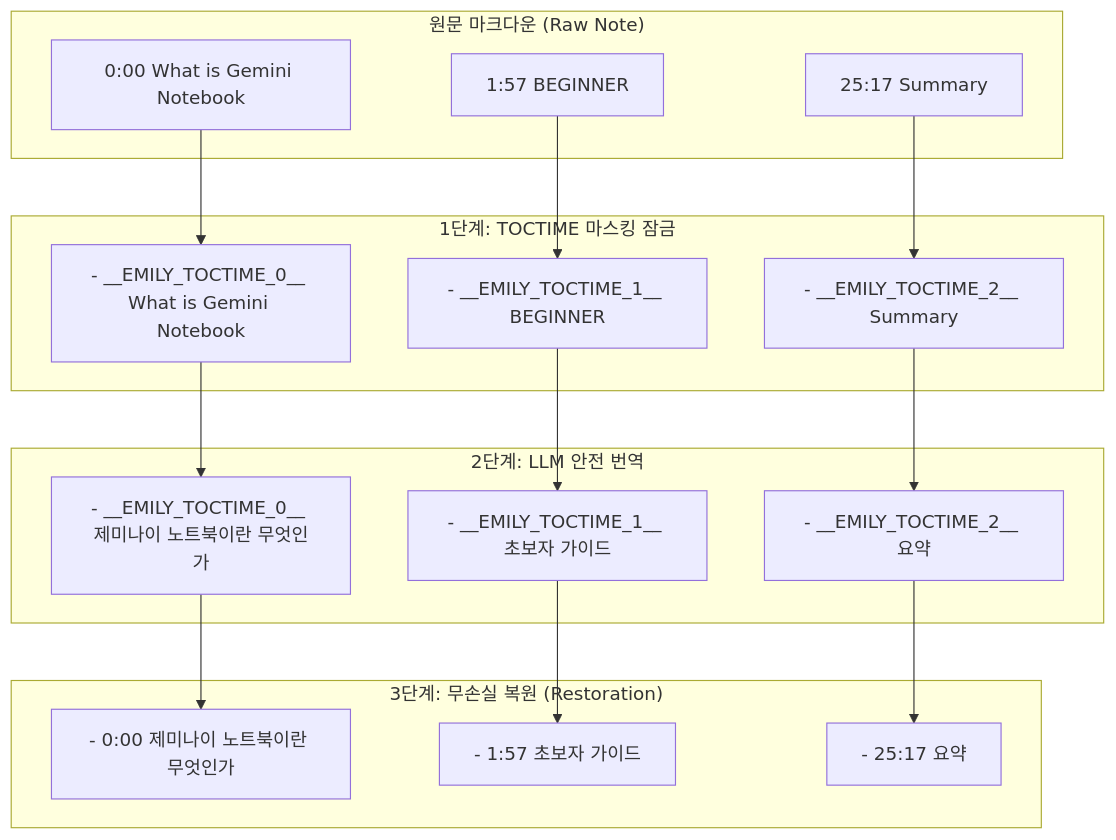
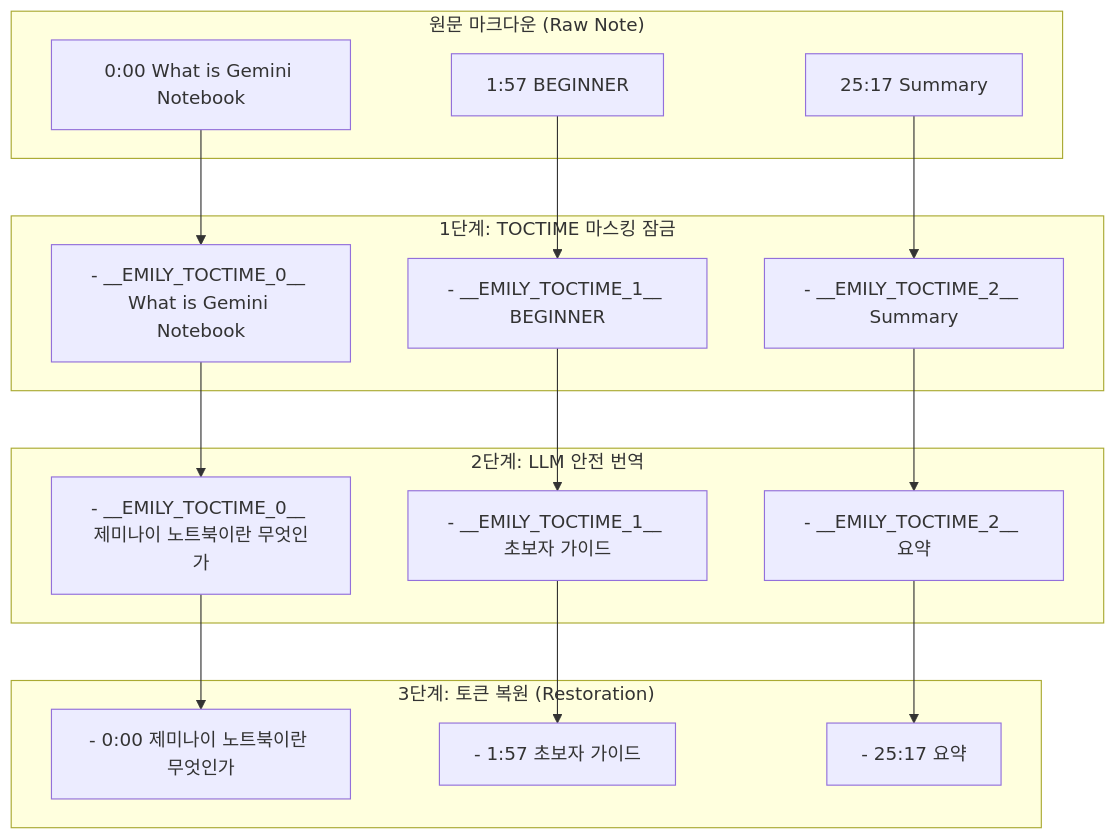
One commit to sparklings/emily changed the diagram in docs/syntax-masking-pipeline.md. Above: the diagram before and after it, drawn with Mermaid. The commit also changed other lines of this file and 10 other files, not shown here.

Commit message:
docs: eliminate exaggerated claims and ground descriptions in technical architecture

````diff
--- a/docs/syntax-masking-pipeline.md
+++ b/docs/syntax-masking-pipeline.md
@@ -46,38 +46,38 @@
 ```mermaid
 flowchart TD
     subgraph RawNote ["원문 마크다운 (Raw Note)"]
         TOC1["0:00 What is Gemini Notebook"]
         TOC2["1:57 BEGINNER"]
         TOC3["25:17 Summary"]
     end
 
     subgraph MaskingStep ["1단계: TOCTIME 마스킹 잠금"]
         M1["- __EMILY_TOCTIME_0__ What is Gemini Notebook"]
         M2["- __EMILY_TOCTIME_1__ BEGINNER"]
         M3["- __EMILY_TOCTIME_2__ Summary"]
     end
 
     subgraph LLMStep ["2단계: LLM 안전 번역"]
         L1["- __EMILY_TOCTIME_0__ 제미나이 노트북이란 무엇인가"]
         L2["- __EMILY_TOCTIME_1__ 초보자 가이드"]
         L3["- __EMILY_TOCTIME_2__ 요약"]
     end
 
-    subgraph RestoreStep ["3단계: 무손실 복원 (Restoration)"]
+    subgraph RestoreStep ["3단계: 토큰 복원 (Restoration)"]
         R1["- 0:00 제미나이 노트북이란 무엇인가"]
         R2["- 1:57 초보자 가이드"]
         R3["- 25:17 요약"]
     end
 
     TOC1 --> M1
     TOC2 --> M2
     TOC3 --> M3
 
     M1 --> L1
     M2 --> L2
     M3 --> L3
 
     L1 --> R1
     L2 --> R2
     L3 --> R3
 ```
````
